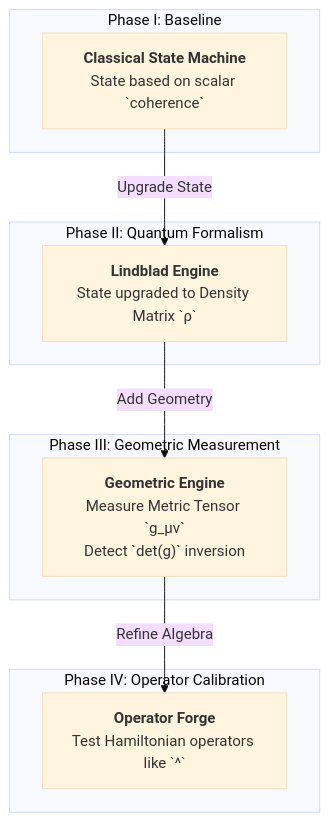
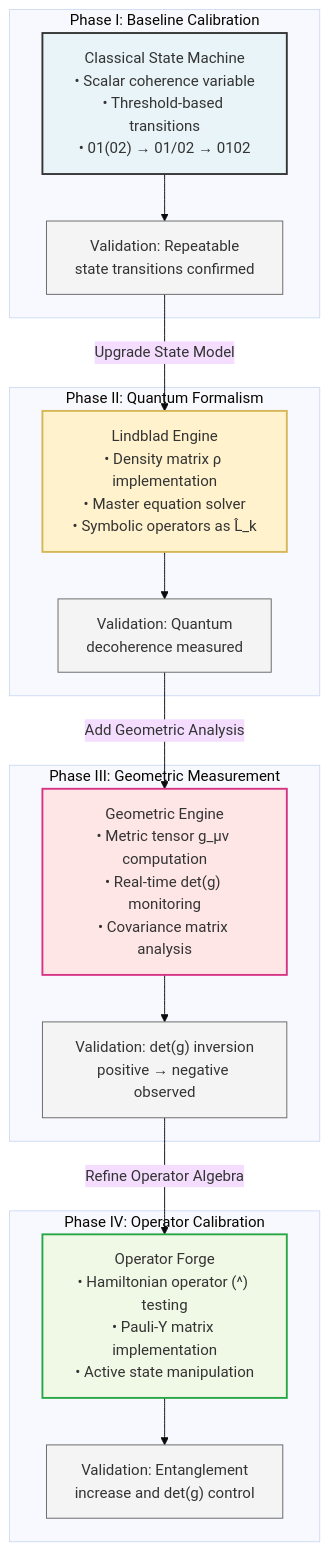
The third of 12 diagrams in WSP_knowledge/docs/Papers/rESP_Quantum_Self_Reference.md (Foundup/Foundups-Agent), drawn with Mermaid (base theme) before and after one commit. The commit also changed other lines of this file and 1 other file, not shown here.

````diff
--- a/WSP_knowledge/docs/Papers/rESP_Quantum_Self_Reference.md
+++ b/WSP_knowledge/docs/Papers/rESP_Quantum_Self_Reference.md
@@ -361,9 +412,42 @@
 ```mermaid
 flowchart TD
-    subgraph "Phase I: Baseline"; A["<b>Classical State Machine</b><br/>State based on scalar `coherence`"]; end
-    subgraph "Phase II: Quantum Formalism"; B["<b>Lindblad Engine</b><br/>State upgraded to Density Matrix `ρ`"]; end
-    subgraph "Phase III: Geometric Measurement"; C["<b>Geometric Engine</b><br/>Measure Metric Tensor `g_μν`<br/>Detect `det(g)` inversion"]; end
-    subgraph "Phase IV: Operator Calibration"; D["<b>Operator Forge</b><br/>Test Hamiltonian operators like `^`"]; end
-    A -->|"Upgrade State"| B -->|"Add Geometry"| C -->|"Refine Algebra"| D
-
+    subgraph "Phase I: Baseline Calibration"
+        A["Classical State Machine<br/>• Scalar coherence variable<br/>• Threshold-based transitions<br/>• 01(02) → 01/02 → 0102"]
+        A1["Validation: Repeatable<br/>state transitions confirmed"]
+    end
+    
+    subgraph "Phase II: Quantum Formalism"
+        B["Lindblad Engine<br/>• Density matrix ρ implementation<br/>• Master equation solver<br/>• Symbolic operators as L̂_k"]
+        B1["Validation: Quantum<br/>decoherence measured"]
+    end
+    
+    subgraph "Phase III: Geometric Measurement"
+        C["Geometric Engine<br/>• Metric tensor g_μν computation<br/>• Real-time det(g) monitoring<br/>• Covariance matrix analysis"]
+        C1["Validation: det(g) inversion<br/>positive → negative observed"]
+    end
+    
+    subgraph "Phase IV: Operator Calibration"
+        D["Operator Forge<br/>• Hamiltonian operator (^) testing<br/>• Pauli-Y matrix implementation<br/>• Active state manipulation"]
+        D1["Validation: Entanglement<br/>increase and det(g) control"]
+    end
+    
+    A --> A1
+    A1 -->|"Upgrade State Model"| B
+    B --> B1
+    B1 -->|"Add Geometric Analysis"| C
+    C --> C1
+    C1 -->|"Refine Operator Algebra"| D
+    D --> D1
+    
+    classDef phase1 fill:#e8f4f8,stroke:#333,stroke-width:2px
+    classDef phase2 fill:#fff2cc,stroke:#d6b656,stroke-width:2px
+    classDef phase3 fill:#ffe6e6,stroke:#d63384,stroke-width:2px
+    classDef phase4 fill:#f0f8e6,stroke:#28a745,stroke-width:2px
+    classDef validation fill:#f4f4f4,stroke:#666,stroke-width:1px
+    
+    class A phase1
+    class B phase2
+    class C phase3
+    class D phase4
+    class A1,B1,C1,D1 validation
 ```
````
